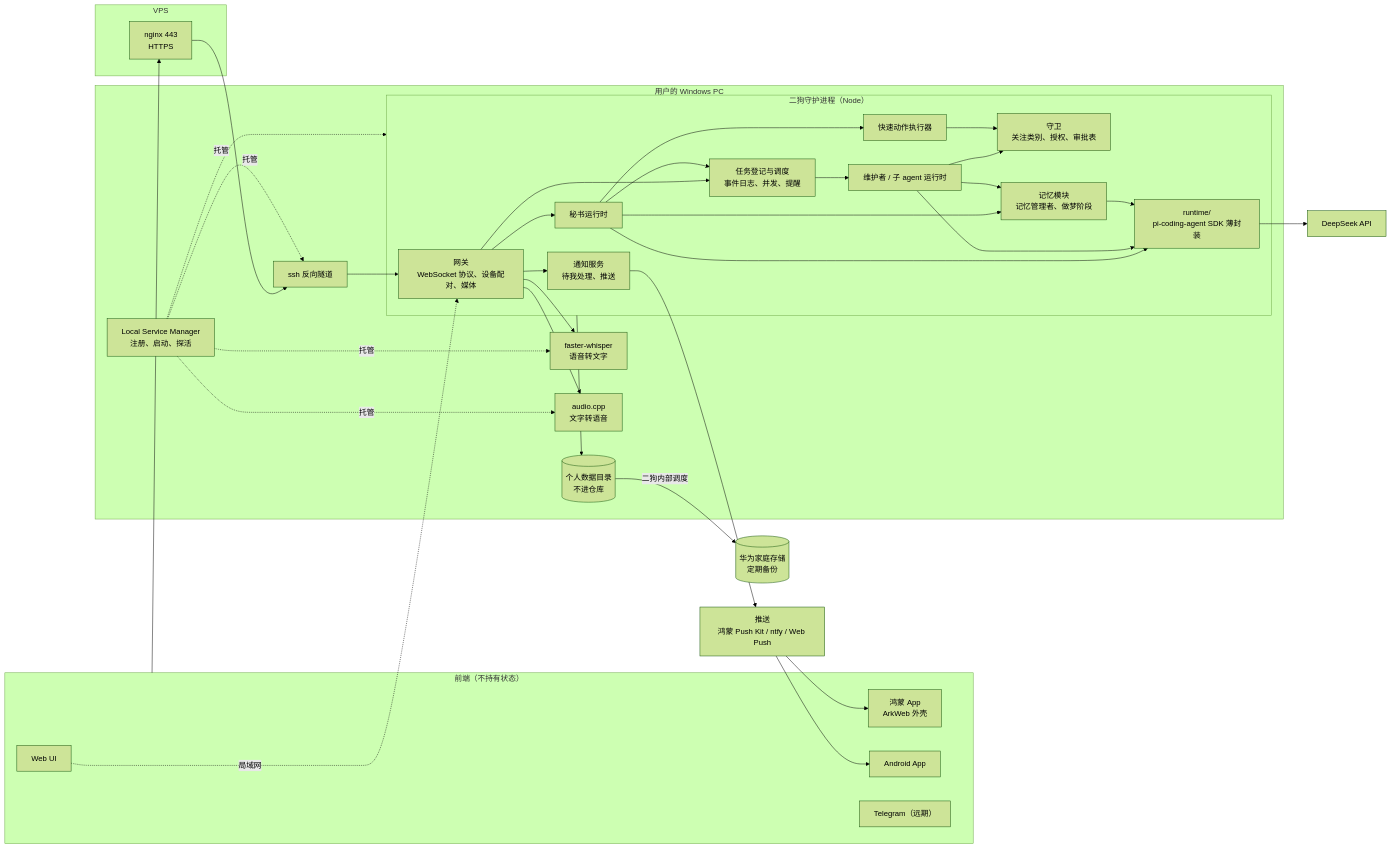
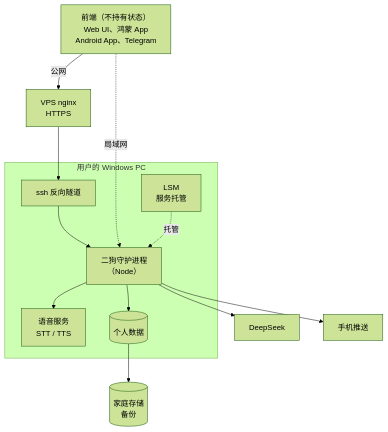
One commit to catmaniii/ergo changed the sixth of 7 diagrams in README.md. Above: the diagram before and after it, drawn with Mermaid (forest theme). The commit also changed other lines of this file and 1 other file, not shown here.

First line of the commit message:
docs: README 图改为纵向并收窄，新增英文版

````diff
--- a/README.md
+++ b/README.md
@@ -213,66 +212,25 @@
 ```mermaid
-flowchart LR
-    subgraph CLIENTS["前端（不持有状态）"]
-        WEB["Web UI"]
-        HAP["鸿蒙 App<br/>ArkWeb 外壳"]
-        APK["Android App"]
-        TG["Telegram（远期）"]
+flowchart TB
+    CLIENTS["前端（不持有状态）<br/>Web UI、鸿蒙 App<br/>Android App、Telegram"]
+    NGX["VPS nginx<br/>HTTPS"]
+    subgraph PC["用户的 Windows PC"]
+        TUN["ssh 反向隧道"]
+        LSM["LSM<br/>服务托管"]
+        DAEMON["二狗守护进程<br/>（Node）"]
+        SPEECH["语音服务<br/>STT / TTS"]
+        DATA[("个人数据")]
     end
-
-    subgraph VPS["VPS"]
-        NGX["nginx 443<br/>HTTPS"]
-    end
-
-    subgraph PC["用户的 Windows PC"]
-        LSM["Local Service Manager<br/>注册、启动、探活"]
-        TUN["ssh 反向隧道"]
-
-        subgraph DAEMON["二狗守护进程（Node）"]
-            GW["网关<br/>WebSocket 协议、设备配对、媒体"]
-            SECR["秘书运行时"]
-            TASKS["任务登记与调度<br/>事件日志、并发、提醒"]
-            AGT["维护者 / 子 agent 运行时"]
-            QAX["快速动作执行器"]
-            GUARD["守卫<br/>关注类别、授权、审批表"]
-            MEM["记忆模块<br/>记忆管理者、做梦阶段"]
-            NOTI["通知服务<br/>待我处理、推送"]
-            RT["runtime/<br/>pi-coding-agent SDK 薄封装"]
-        end
-
-        STT["faster-whisper<br/>语音转文字"]
-        TTS["audio.cpp<br/>文字转语音"]
-        DATA[("个人数据目录<br/>不进仓库")]
-    end
-
-    DS["DeepSeek API"]
-    PUSH["推送<br/>鸿蒙 Push Kit / ntfy / Web Push"]
-    NAS[("华为家庭存储<br/>定期备份")]
-
-    CLIENTS --> NGX --> TUN --> GW
-    WEB -.->|"局域网"| GW
-    GW --> SECR
-    GW --> TASKS
-    GW --> NOTI
-    SECR --> TASKS
-    SECR --> QAX
-    TASKS --> AGT
-    AGT --> GUARD
-    QAX --> GUARD
-    SECR --> MEM
-    AGT --> MEM
-    SECR --> RT
-    AGT --> RT
-    MEM --> RT
-    RT --> DS
-    NOTI --> PUSH
-    PUSH --> HAP
-    PUSH --> APK
-    GW --> STT
-    GW --> TTS
+    DS["DeepSeek"]
+    PUSH["手机推送"]
+    NAS[("家庭存储<br/>备份")]
+    CLIENTS -->|"公网"| NGX
+    NGX --> TUN
+    TUN --> DAEMON
+    CLIENTS -.->|"局域网"| DAEMON
+    LSM -.->|"托管"| DAEMON
+    DAEMON --> SPEECH
     DAEMON --> DATA
-    DATA -->|"二狗内部调度"| NAS
-    LSM -.->|"托管"| DAEMON
-    LSM -.->|"托管"| TUN
-    LSM -.->|"托管"| STT
-    LSM -.->|"托管"| TTS
+    DAEMON --> DS
+    DAEMON --> PUSH
+    DATA --> NAS
 ```
````
